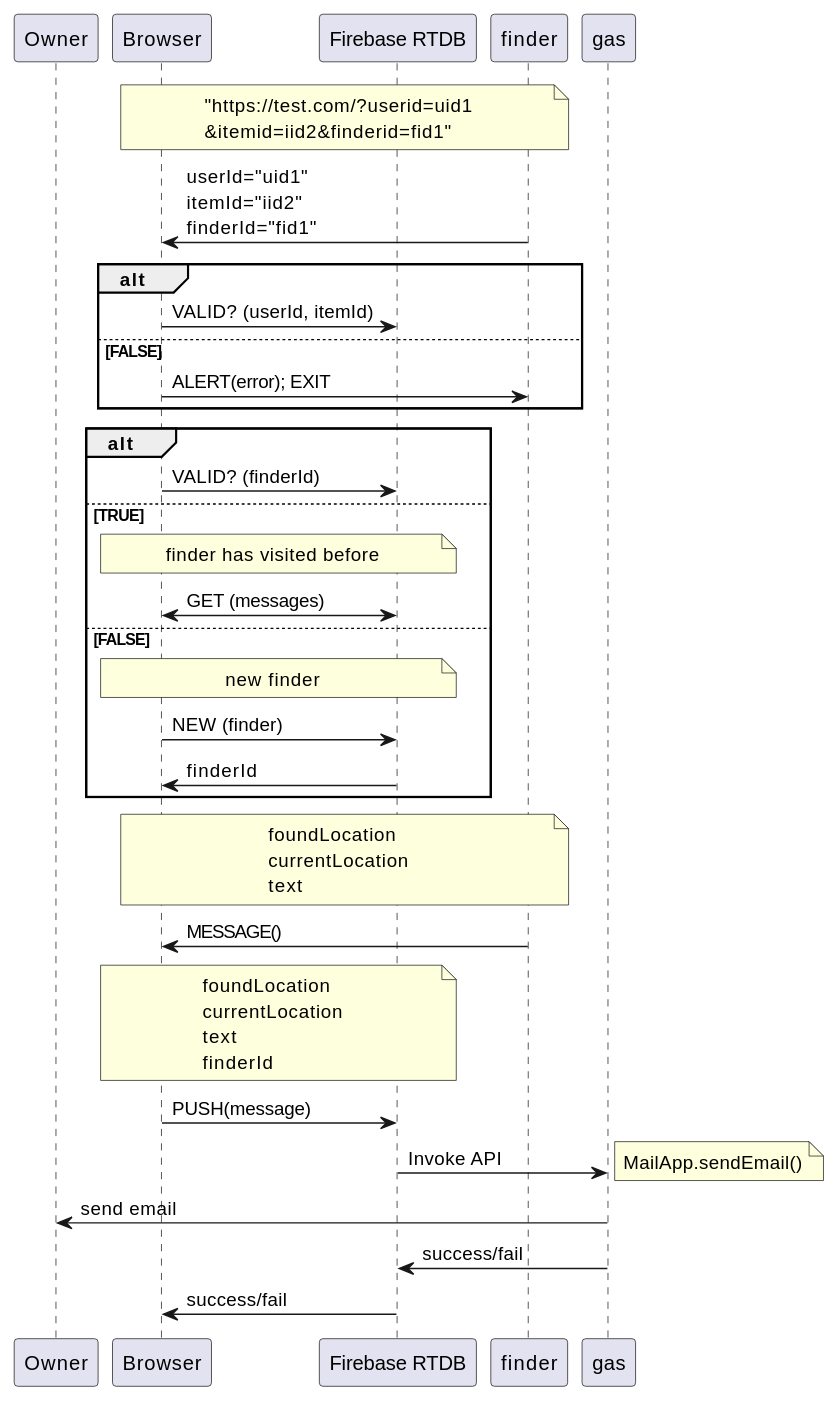
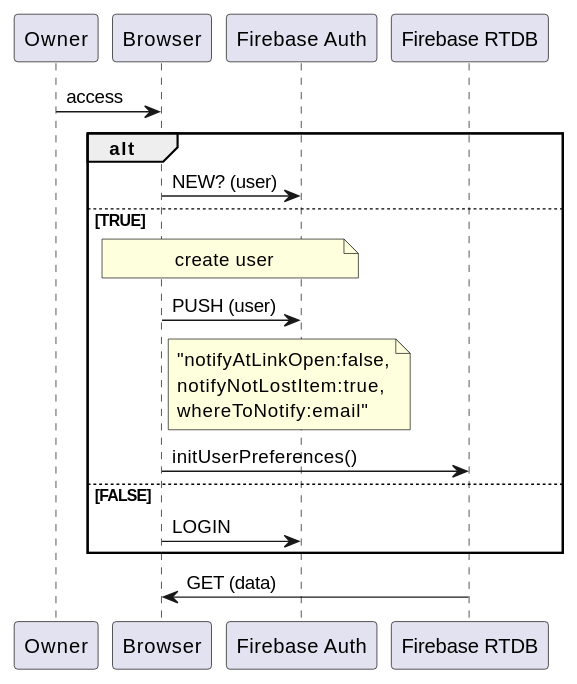
Before and after one commit to BoronSpoon/qr-lost-and-found: the second of 2 diagrams in README.md, drawn with PlantUML. The commit also changed other lines of this file, not shown here.

Commit message:
update uml

````diff
--- a/README.md
+++ b/README.md
@@ -39,32 +39,19 @@
 ```plantuml
 participant Owner as owner
 participant Browser as browser
-participant "Firebase RTDB" as firebase
+participant "Firebase Auth" as auth
+participant "Firebase RTDB" as db
 
-note over finder, browser: "https://test.com/?userid=uid1\n&itemid=iid2&finderid=fid1"
-finder->browser:userId="uid1"\nitemId="iid2"\nfinderId="fid1"
-alt 
-browser->firebase:VALID? (userId, itemId)
+owner->browser:access
+alt
+browser->auth:NEW? (user)
+else TRUE
+note over browser,auth: create user
+browser->auth:PUSH (user)
+note right of browser: "notifyAtLinkOpen:false,\nnotifyNotLostItem:true,\nwhereToNotify:email"
+browser->db:initUserPreferences() 
 else FALSE
-finder<-browser:ALERT(error); EXIT
+browser->auth: LOGIN
 end
-alt
-browser->firebase:VALID? (finderId)
-else TRUE
-note over browser, firebase:finder has visited before
-browser<->firebase:GET (messages)
-else FALSE
-note over browser, firebase:new finder
-browser->firebase:NEW (finder)
-browser<-firebase:finderId
-end
-note over finder, browser:foundLocation\ncurrentLocation\ntext
-finder->browser:MESSAGE()
-note over browser, firebase:foundLocation\ncurrentLocation\ntext\nfinderId
-browser->firebase:PUSH(message)
-firebase->gas: Invoke API
-note right: MailApp.sendEmail()
-gas->owner: send email
-firebase<-gas: success/fail
-browser<-firebase: success/fail
+browser<-db: GET (data)
 ```
````
